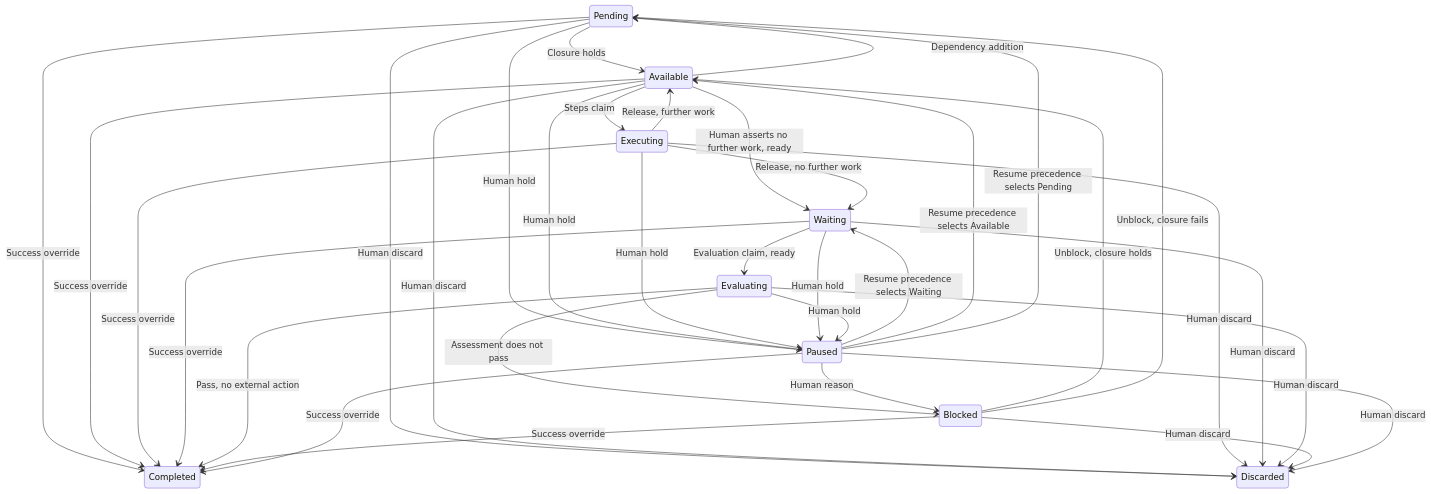
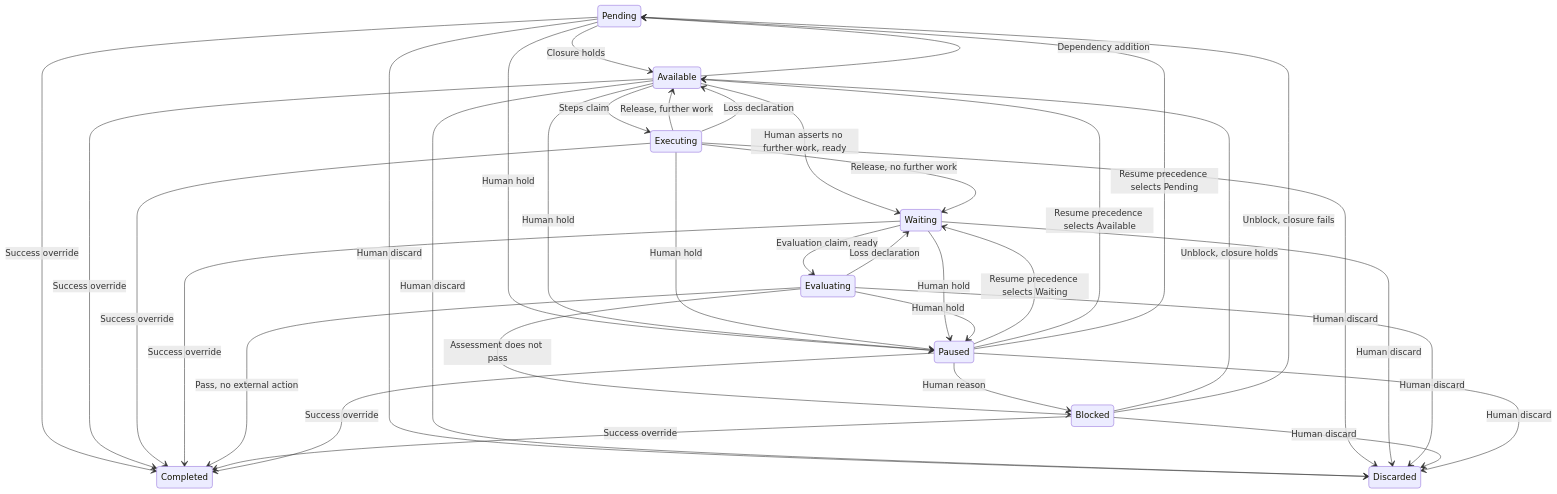
One commit to kanthorlabs/kanthord changed the first of 2 diagrams in docs/brainstorm/mission-service.md. Above: the diagram before and after it, drawn with Mermaid. The commit also changed other lines of this file and 1 other file, not shown here.

Commit message:
docs: requeue nodes after execution or evaluation loss
docs: add the loss transitions Executing to Available and Evaluating to
Waiting, because Ulrich ruled on 2026-09-27 that the Mission Service
consumes a loss declaration in the same transaction, keeps the attempt
open and inserts the job when the node is claimable, so a node whose
lease expires returns to the queue and a later pull continues it from
the head of the node branch

````diff
--- a/docs/brainstorm/mission-service.md
+++ b/docs/brainstorm/mission-service.md
@@ -624,36 +626,38 @@
 ```mermaid
 stateDiagram-v2
     Pending --> Available: Closure holds
     Pending --> Paused: Human hold
     Pending --> Completed: Success override
     Pending --> Discarded: Human discard
     Available --> Executing: Steps claim
     Available --> Waiting: Human asserts no further work, ready
     Available --> Pending: Dependency addition
     Available --> Paused: Human hold
     Available --> Completed: Success override
     Available --> Discarded: Human discard
     Executing --> Waiting: Release, no further work
     Executing --> Available: Release, further work
+    Executing --> Available: Loss declaration
     Executing --> Paused: Human hold
     Executing --> Completed: Success override
     Executing --> Discarded: Human discard
     Waiting --> Evaluating: Evaluation claim, ready
     Waiting --> Paused: Human hold
     Waiting --> Completed: Success override
     Waiting --> Discarded: Human discard
     Evaluating --> Completed: Pass, no external action
     Evaluating --> Blocked: Assessment does not pass
     Evaluating --> Paused: Human hold
     Evaluating --> Discarded: Human discard
+    Evaluating --> Waiting: Loss declaration
     Blocked --> Available: Unblock, closure holds
     Blocked --> Pending: Unblock, closure fails
     Blocked --> Completed: Success override
     Blocked --> Discarded: Human discard
     Paused --> Waiting: Resume precedence selects Waiting
     Paused --> Available: Resume precedence selects Available
     Paused --> Pending: Resume precedence selects Pending
     Paused --> Blocked: Human reason
     Paused --> Completed: Success override
     Paused --> Discarded: Human discard
 ```
````
